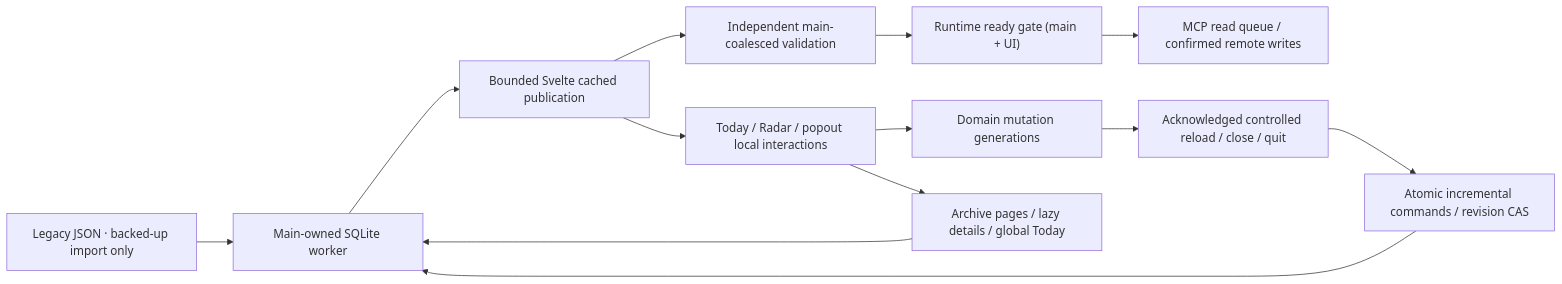
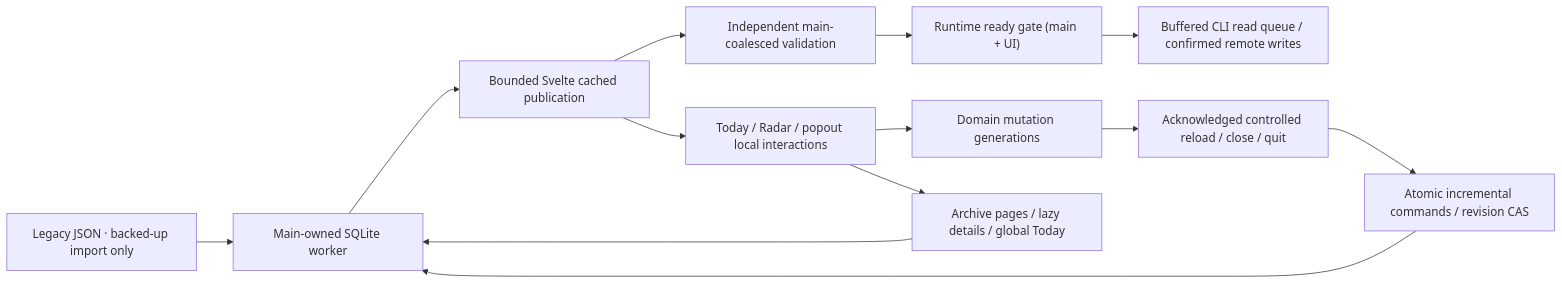
The first of 6 diagrams in docs/architecture-diagrams.md (kpoineal/FlightDeck), drawn with Mermaid before and after one commit. The commit also changed other lines of this file and 37 other files, not shown here.

````diff
--- a/docs/architecture-diagrams.md
+++ b/docs/architecture-diagrams.md
@@ -13,15 +13,15 @@
 ```mermaid
 flowchart LR
   JSON["Legacy JSON · backed-up import only"] --> Worker["Main-owned SQLite worker"]
   Worker --> Cache["Bounded Svelte cached publication"]
   Cache --> Local["Today / Radar / popout local interactions"]
   Cache --> Validate["Independent main-coalesced validation"]
   Validate --> Gate["Runtime ready gate (main + UI)"]
-  Gate --> Remote["MCP read queue / confirmed remote writes"]
+  Gate --> Remote["Buffered CLI read queue / confirmed remote writes"]
   Local --> Dirty["Domain mutation generations"]
   Dirty --> Flush["Acknowledged controlled reload / close / quit"]
   Flush --> CAS["Atomic incremental commands / revision CAS"]
   CAS --> Worker
   Local --> Query["Archive pages / lazy details / global Today"]
   Query --> Worker
 ```
````
